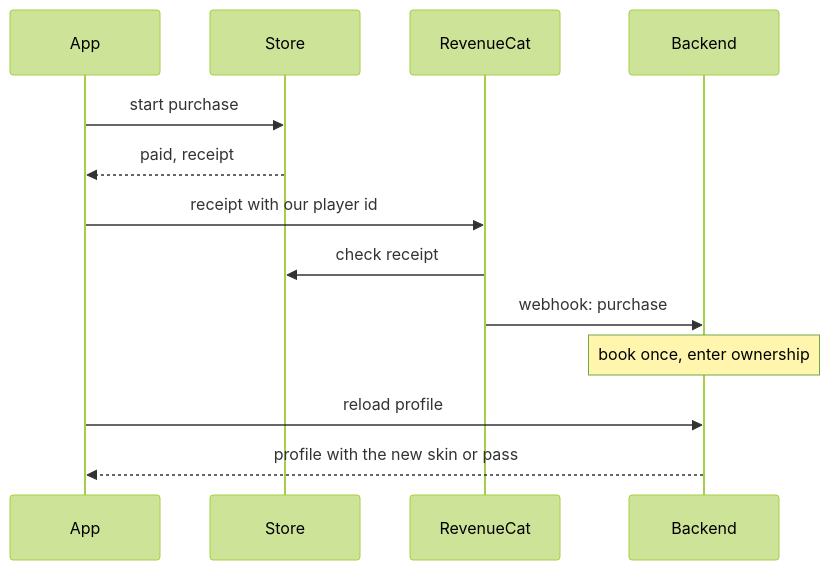
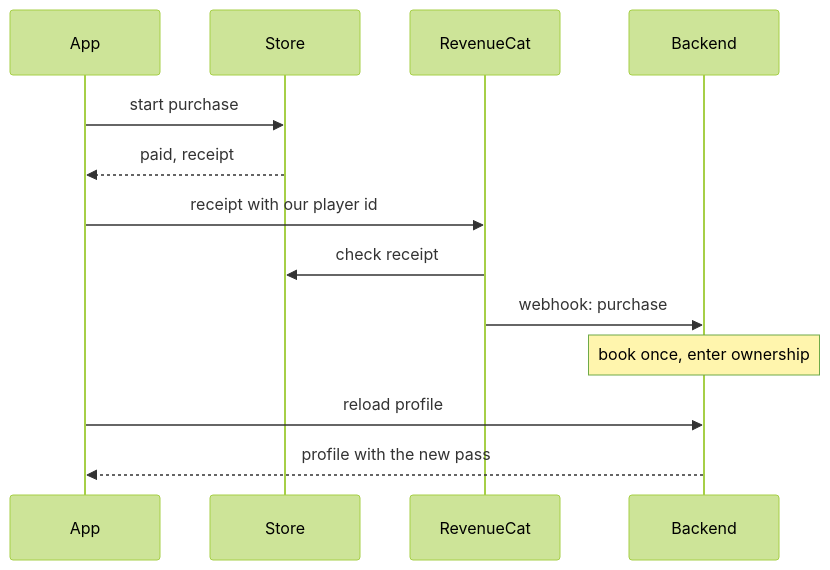
The fifth of 7 diagrams in docs/client-server.md (LeoPineCone/backpack_space), drawn with Mermaid (forest theme) before and after one commit. The commit also changed 3 other files, not shown here.

````diff
--- a/docs/client-server.md
+++ b/docs/client-server.md
@@ -182,15 +182,15 @@
 ```mermaid
 sequenceDiagram
   participant A as App
   participant S as Store
   participant R as RevenueCat
   participant B as Backend
   A->>S: start purchase
   S-->>A: paid, receipt
   A->>R: receipt with our player id
   R->>S: check receipt
   R->>B: webhook: purchase
   Note over B: book once, enter ownership
   A->>B: reload profile
-  B-->>A: profile with the new skin or pass
+  B-->>A: profile with the new pass
 ```
````
